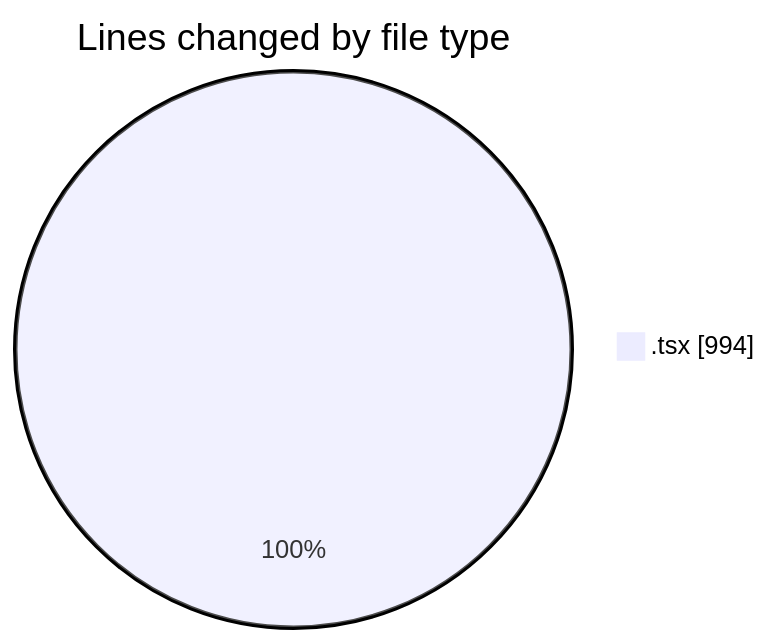
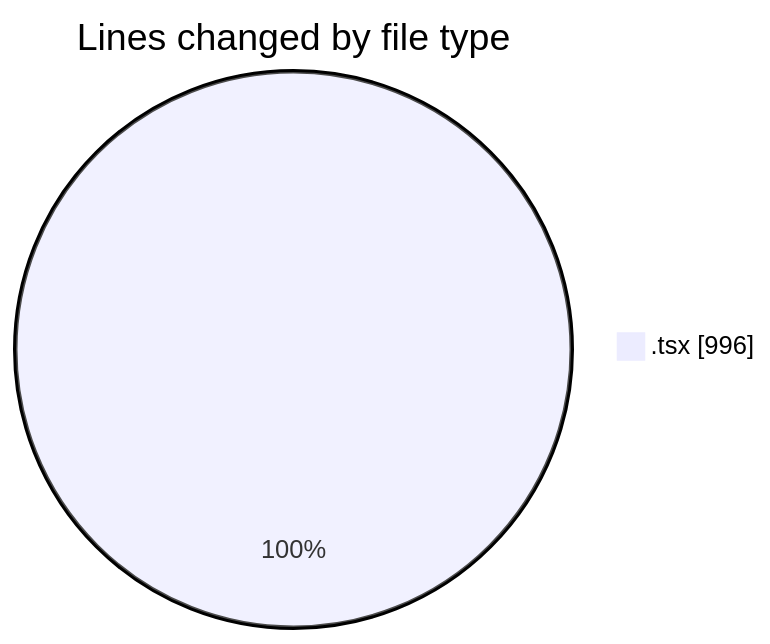
One commit to momahboobian/code-tracking changed the first of 2 diagrams in 2026-11-11/cda/README.md. Above: the diagram before and after it, drawn with Mermaid. The commit also changed other lines of this file and 1 other file, not shown here.

````diff
--- a/2026-11-11/cda/README.md
+++ b/2026-11-11/cda/README.md
@@ -23,5 +23,5 @@
 ```mermaid
 pie showData
 title Lines changed by file type
-".tsx" : 994
+".tsx" : 996
 ```
````
